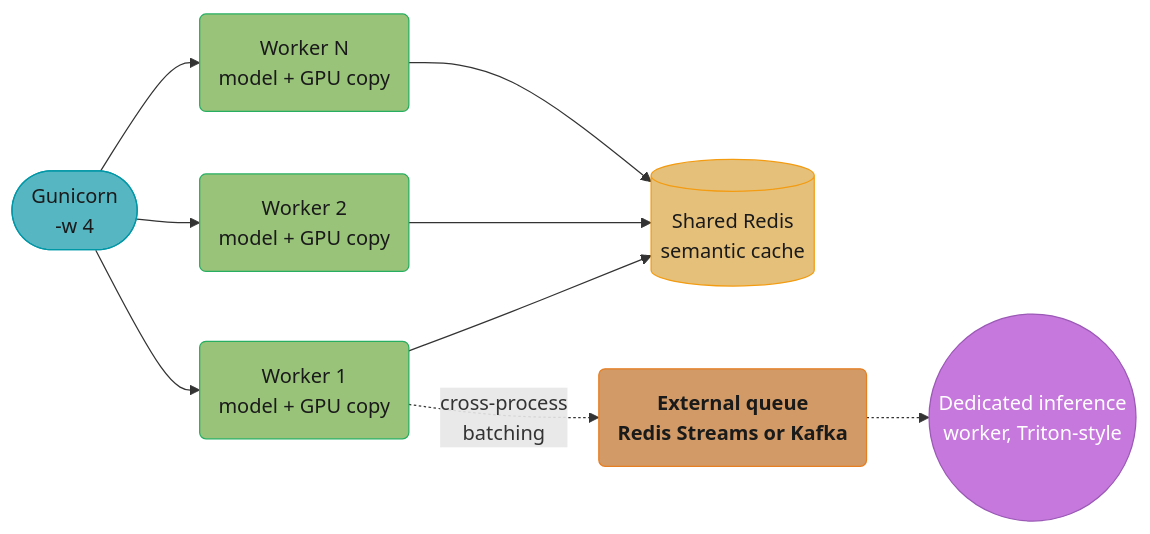
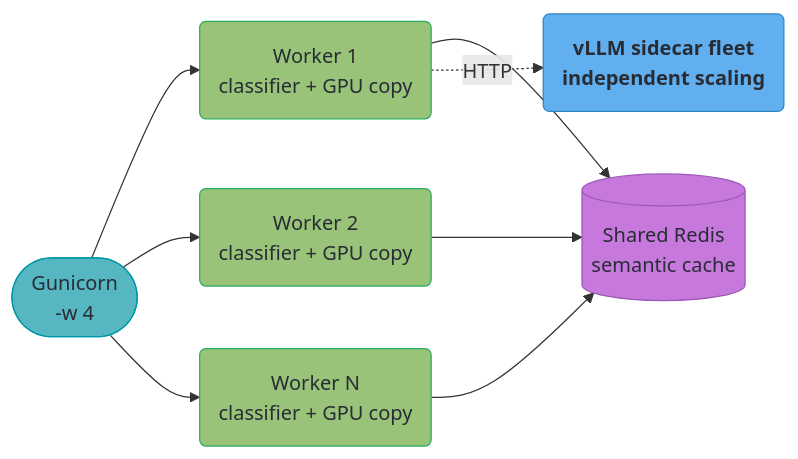
Before and after one commit to rppol/system-design: the third of 3 diagrams in src/main/java/com/rutik/systemdesign/fastapi/case_studies/design_ml_inference_api_fastapi.md, drawn with Mermaid. The commit also changed other lines of this file and 466 other files, not shown here.

````diff
--- a/src/main/java/com/rutik/systemdesign/fastapi/case_studies/design_ml_inference_api_fastapi.md
+++ b/src/main/java/com/rutik/systemdesign/fastapi/case_studies/design_ml_inference_api_fastapi.md
@@ -677,29 +870,25 @@
 ```mermaid
 flowchart LR
-    classDef io      fill:#61afef,stroke:#2e86c1,color:#1a1a1a,font-weight:bold
-    classDef frozen  fill:#c678dd,stroke:#9b59b6,color:#fff
-    classDef train   fill:#98c379,stroke:#27ae60,color:#1a1a1a
-    classDef mathOp  fill:#d19a66,stroke:#e67e22,color:#1a1a1a,font-weight:bold
-    classDef lossN   fill:#e06c75,stroke:#c0392b,color:#fff,font-weight:bold
-    classDef req     fill:#56b6c2,stroke:#0097a7,color:#1a1a1a
-    classDef base    fill:#e5c07b,stroke:#f39c12,color:#1a1a1a
+    classDef io      fill:#61afef,stroke:#2e86c1,color:#282c34,font-weight:bold
+    classDef frozen  fill:#c678dd,stroke:#9b59b6,color:#282c34
+    classDef train   fill:#98c379,stroke:#27ae60,color:#282c34
+    classDef mathOp  fill:#e5c07b,stroke:#e67e22,color:#282c34,font-weight:bold
+    classDef base    fill:#56b6c2,stroke:#0097a7,color:#282c34
 
-    Gunicorn(["Gunicorn<br/>-w 4"]) --> W1("Worker 1<br/>model + GPU copy")
-    Gunicorn --> W2("Worker 2<br/>model + GPU copy")
-    Gunicorn --> W3("Worker N<br/>model + GPU copy")
+    Gunicorn(["Gunicorn<br/>-w 4"]) --> W1("Worker 1<br/>classifier + GPU copy")
+    Gunicorn --> W2("Worker 2<br/>classifier + GPU copy")
+    Gunicorn --> W3("Worker N<br/>classifier + GPU copy")
 
     W1 --> SharedCache[("Shared Redis<br/>semantic cache")]
     W2 --> SharedCache
     W3 --> SharedCache
 
-    W1 -.->|"cross-process<br/>batching"| ExtQ("External queue<br/>Redis Streams or Kafka")
-    ExtQ -.-> Dedicated(("Dedicated inference<br/>worker, Triton-style"))
+    W1 -.->|"HTTP"| Sidecar("vLLM sidecar fleet<br/>independent scaling")
 
-    class Gunicorn req
+    class Gunicorn base
     class W1 train
     class W2 train
     class W3 train
-    class SharedCache base
-    class ExtQ mathOp
-    class Dedicated frozen
+    class SharedCache frozen
+    class Sidecar io
 ```
````
